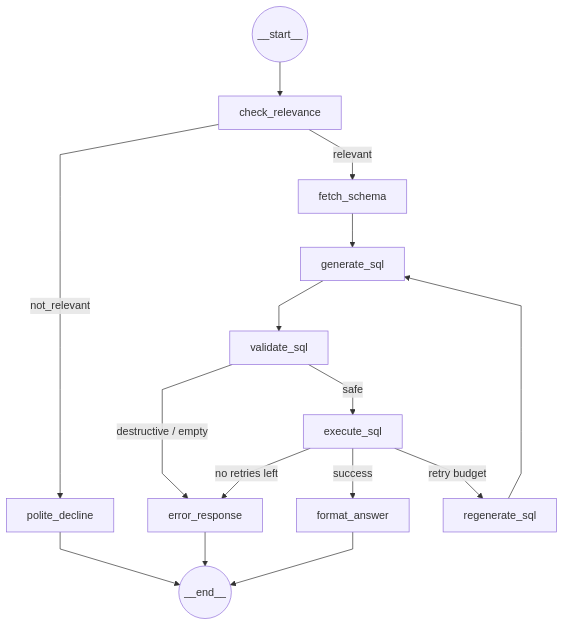
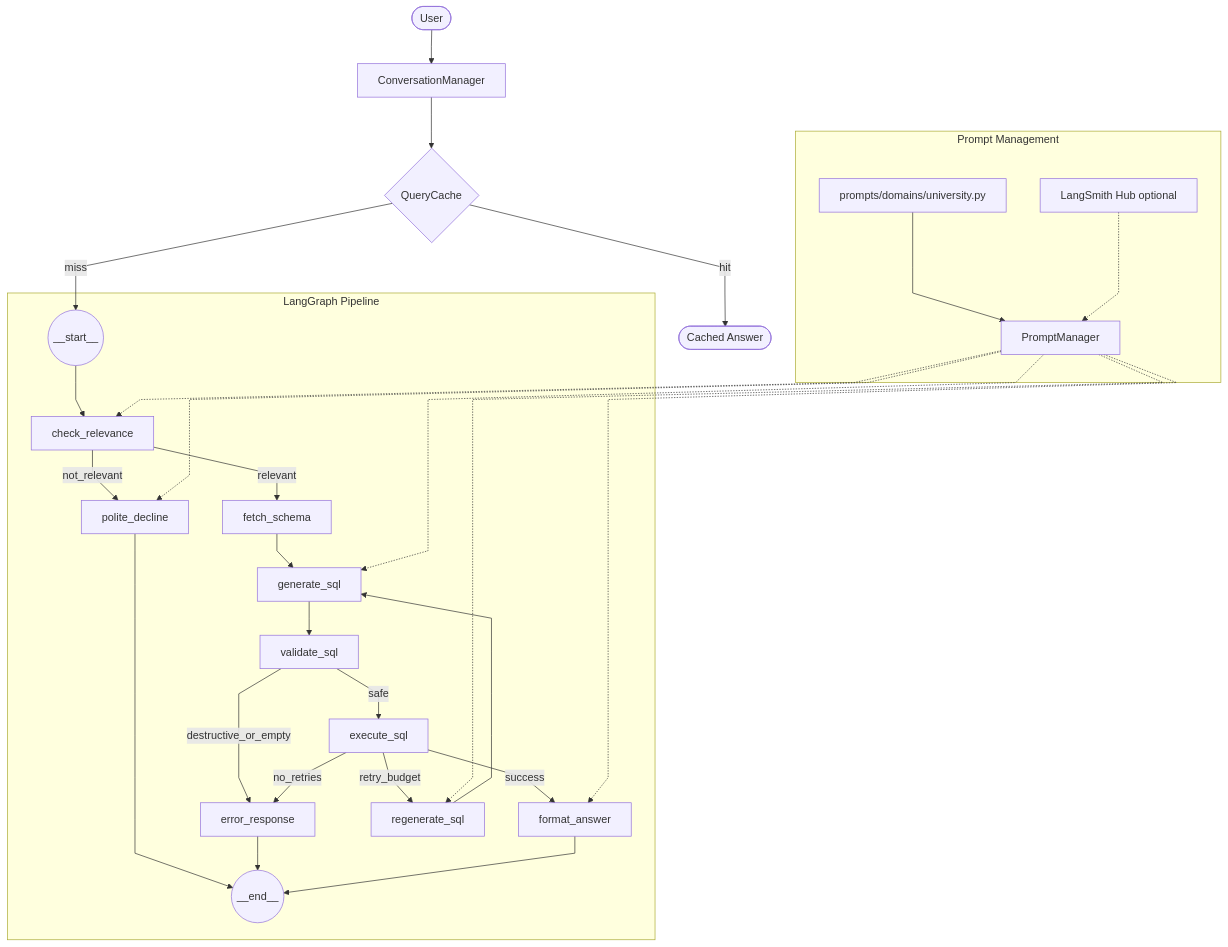
The diagram in README.md (gilosr/GenpactHW), drawn with Mermaid before and after one commit. The commit also changed other lines of this file and 18 other files, not shown here.

````diff
--- a/README.md
+++ b/README.md
@@ -9,22 +9,43 @@
 ```mermaid
 ---
 config:
   flowchart:
     curve: linear
 ---
 graph TD
-    START((__start__)) --> check_relevance
-    check_relevance -- not_relevant --> polite_decline --> END((__end__))
-    check_relevance -- relevant --> fetch_schema
-    fetch_schema --> generate_sql
-    generate_sql --> validate_sql
-    validate_sql -- destructive / empty --> error_response --> END
-    validate_sql -- safe --> execute_sql
-    execute_sql -- success --> format_answer --> END
-    execute_sql -- retry budget --> regenerate_sql --> generate_sql
-    execute_sql -- no retries left --> error_response
+    User([User]) --> CM[ConversationManager]
+    CM --> CacheCheck{QueryCache}
+    CacheCheck -- hit --> CachedAnswer([Cached Answer])
+    CacheCheck -- miss --> START
+
+    subgraph LangGraphPipeline [LangGraph Pipeline]
+        START((__start__)) --> check_relevance
+        check_relevance -- not_relevant --> polite_decline --> END((__end__))
+        check_relevance -- relevant --> fetch_schema
+        fetch_schema --> generate_sql
+        generate_sql --> validate_sql
+        validate_sql -- destructive_or_empty --> error_response --> END
+        validate_sql -- safe --> execute_sql
+        execute_sql -- success --> format_answer --> END
+        execute_sql -- retry_budget --> regenerate_sql --> generate_sql
+        execute_sql -- no_retries --> error_response
+    end
+
+    subgraph PromptManagement [Prompt Management]
+        PM[PromptManager]
+        Domain[prompts/domains/university.py]
+        Hub[LangSmith Hub optional]
+        Domain --> PM
+        Hub -.-> PM
+    end
+
+    PM -.-> check_relevance
+    PM -.-> polite_decline
+    PM -.-> generate_sql
+    PM -.-> regenerate_sql
+    PM -.-> format_answer
 
     classDef default fill:#f2f0ff,line-height:1.2
     classDef first fill-opacity:0
     classDef last fill:#bfb6fc
 ```
````
